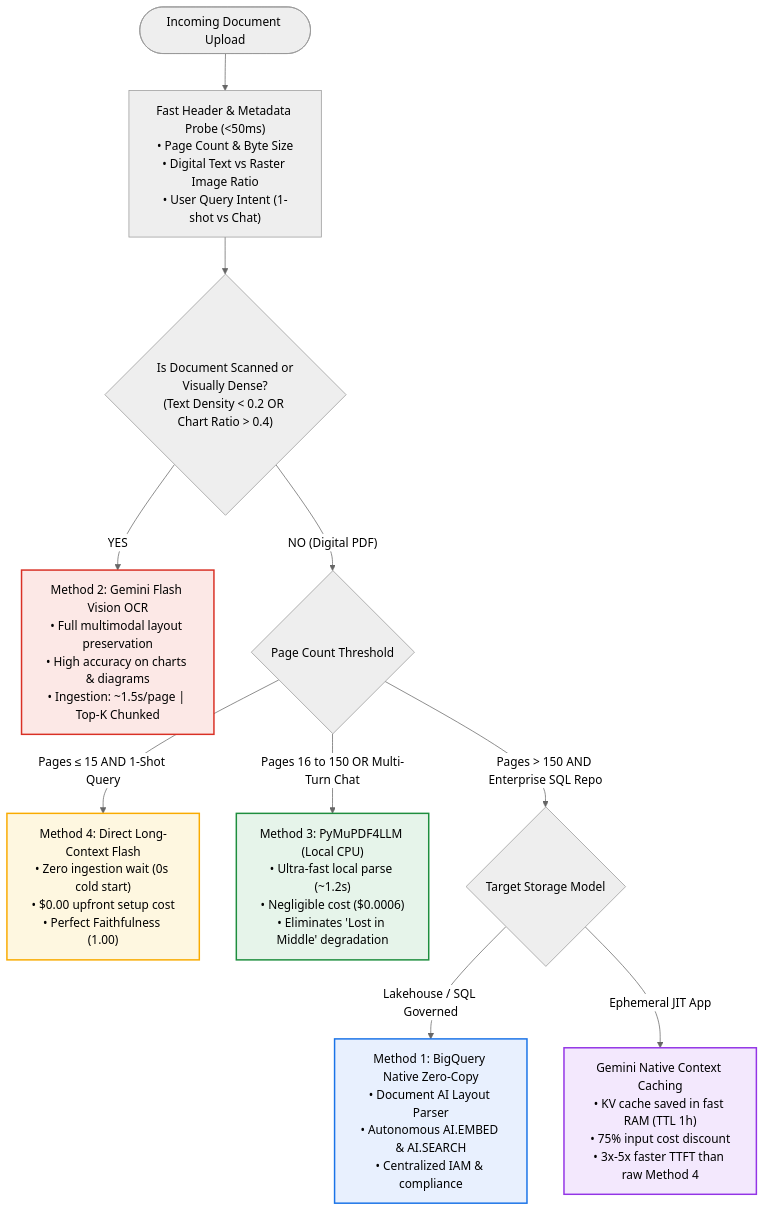
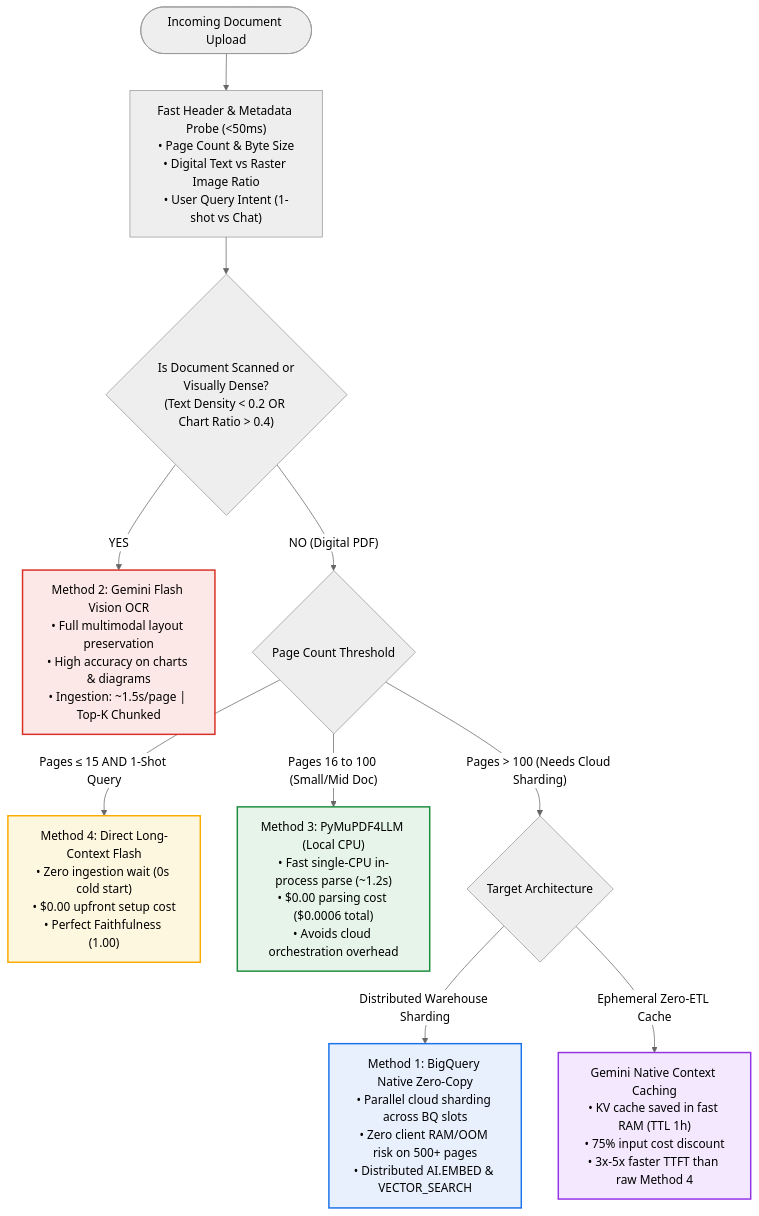
One commit to rubans/jit-rag-poc changed the diagram in docs/architecture/adaptive_jit_rag_pattern.md. Above: the diagram before and after it, drawn with Mermaid (neutral theme). The commit also changed other lines of this file and 13 other files, not shown here.

Commit message:
feat: integrate Method 3b (Docling Local CPU) and update 5-way comparative reports

````diff
--- a/docs/architecture/adaptive_jit_rag_pattern.md
+++ b/docs/architecture/adaptive_jit_rag_pattern.md
@@ -16,32 +16,32 @@
 ```mermaid
 flowchart TD
     Start(["Incoming Document Upload"]) --> QuickProbe["Fast Header & Metadata Probe (<50ms)<br/>• Page Count & Byte Size<br/>• Digital Text vs Raster Image Ratio<br/>• User Query Intent (1-shot vs Chat)"]
     
     QuickProbe --> CheckVisual{"Is Document Scanned or<br/>Visually Dense?<br/>(Text Density < 0.2 OR Chart Ratio > 0.4)"}
     
     CheckVisual -- "YES" --> Method2["Method 2: Gemini Flash Vision OCR<br/>• Full multimodal layout preservation<br/>• High accuracy on charts & diagrams<br/>• Ingestion: ~1.5s/page | Top-K Chunked"]
     
     CheckVisual -- "NO (Digital PDF)" --> CheckSize{"Page Count Threshold"}
     
     CheckSize -- "Pages ≤ 15 AND 1-Shot Query" --> Method4["Method 4: Direct Long-Context Flash<br/>• Zero ingestion wait (0s cold start)<br/>• $0.00 upfront setup cost<br/>• Perfect Faithfulness (1.00)"]
     
-    CheckSize -- "Pages 16 to 150 OR Multi-Turn Chat" --> Method3["Method 3: PyMuPDF4LLM (Local CPU)<br/>• Ultra-fast local parse (~1.2s)<br/>• Negligible cost ($0.0006)<br/>• Eliminates 'Lost in Middle' degradation"]
+    CheckSize -- "Pages 16 to 100 (Small/Mid Doc)" --> Method3["Method 3: PyMuPDF4LLM (Local CPU)<br/>• Fast single-CPU in-process parse (~1.2s)<br/>• $0.00 parsing cost ($0.0006 total)<br/>• Avoids cloud orchestration overhead"]
     
-    CheckSize -- "Pages > 150 AND Enterprise SQL Repo" --> CheckStorage{"Target Storage Model"}
+    CheckSize -- "Pages > 100 (Needs Cloud Sharding)" --> CheckStorage{"Target Architecture"}
     
-    CheckStorage -- "Lakehouse / SQL Governed" --> Method1["Method 1: BigQuery Native Zero-Copy<br/>• Document AI Layout Parser<br/>• Autonomous AI.EMBED & AI.SEARCH<br/>• Centralized IAM & compliance"]
+    CheckStorage -- "Distributed Warehouse Sharding" --> Method1["Method 1: BigQuery Native Zero-Copy<br/>• Parallel cloud sharding across BQ slots<br/>• Zero client RAM/OOM risk on 500+ pages<br/>• Distributed AI.EMBED & VECTOR_SEARCH"]
     
-    CheckStorage -- "Ephemeral JIT App" --> GeminiCache["Gemini Native Context Caching<br/>• KV cache saved in fast RAM (TTL 1h)<br/>• 75% input cost discount<br/>• 3x-5x faster TTFT than raw Method 4"]
+    CheckStorage -- "Ephemeral Zero-ETL Cache" --> GeminiCache["Gemini Native Context Caching<br/>• KV cache saved in fast RAM (TTL 1h)<br/>• 75% input cost discount<br/>• 3x-5x faster TTFT than raw Method 4"]
 
     classDef m1 fill:#e8f0fe,stroke:#1a73e8,stroke-width:2px;
     classDef m2 fill:#fce8e6,stroke:#d93025,stroke-width:2px;
     classDef m3 fill:#e6f4ea,stroke:#1e8e3e,stroke-width:2px;
     classDef m4 fill:#fef7e0,stroke:#f9ab00,stroke-width:2px;
     classDef m5 fill:#f3e8fd,stroke:#9334e6,stroke-width:2px;
     
     class Method1 m1;
     class Method2 m2;
     class Method3 m3;
     class Method4 m4;
     class GeminiCache m5;
 ```
````
